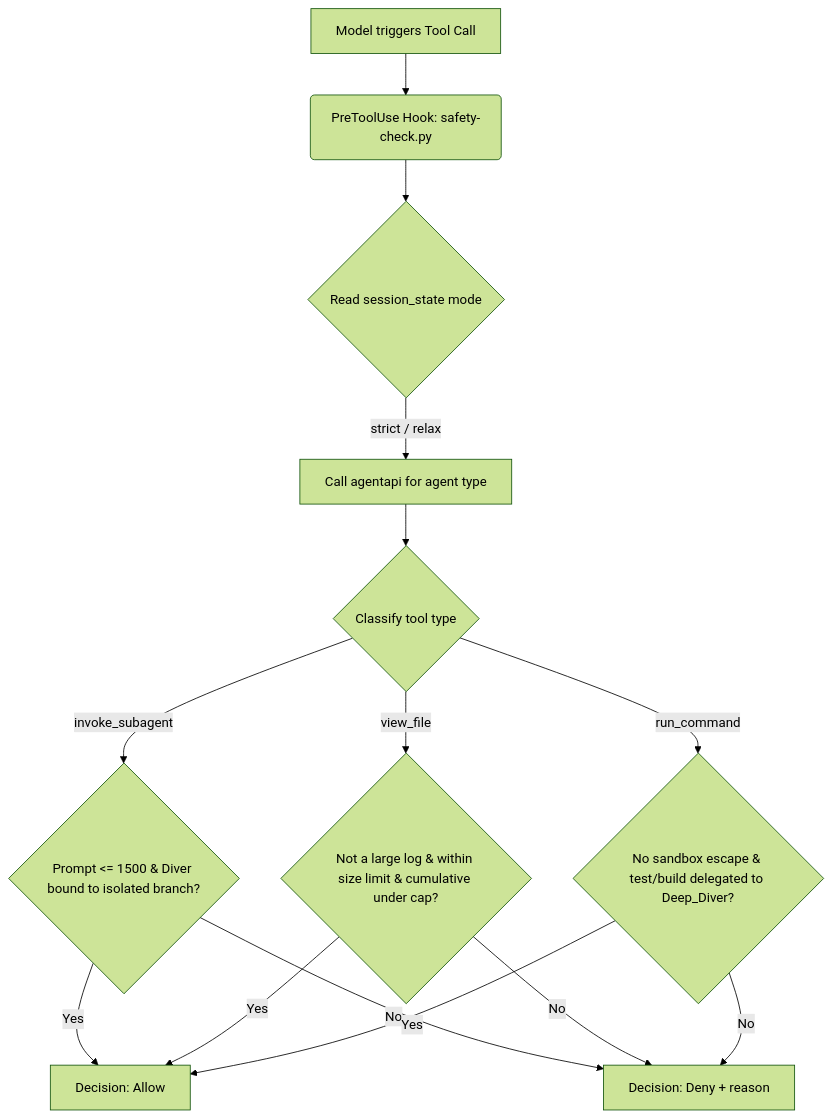
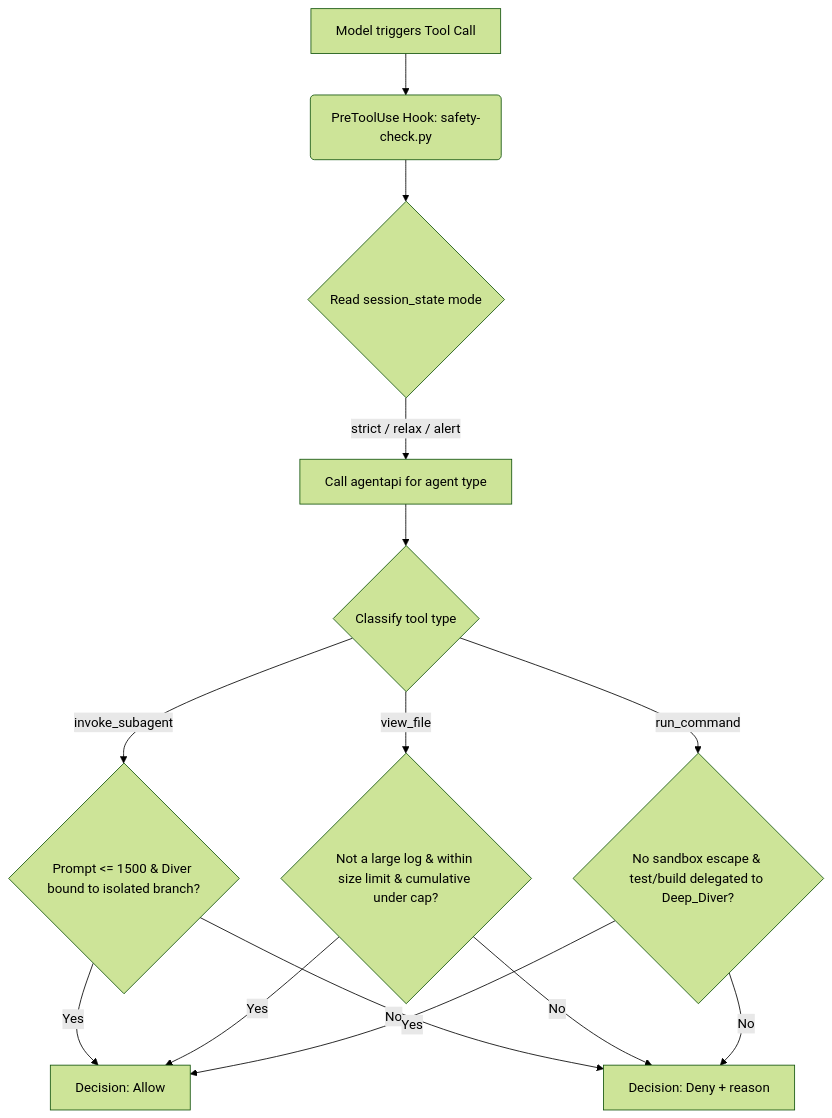
Before and after one commit to pseudoming/remora-plugin: the second of 11 diagrams in docs/business_flows.md, drawn with Mermaid (forest theme). The commit also changed other lines of this file and 13 other files, not shown here.

````diff
--- a/docs/business_flows.md
+++ b/docs/business_flows.md
@@ -76,19 +79,19 @@
 ```mermaid
 flowchart TD
     A[Model triggers Tool Call] --> B(PreToolUse Hook: safety-check.py)
     B --> C{Read session_state mode}
-    C -->|strict / relax| D[Call agentapi for agent type]
+    C -->|strict / relax / alert| D[Call agentapi for agent type]
     D --> E{Classify tool type}
     
     E -->|invoke_subagent| F{Prompt <= 1500 & Diver bound to isolated branch?}
     F -->|Yes| Allow[Decision: Allow]
     F -->|No| Deny[Decision: Deny + reason]
     
     E -->|view_file| G{Not a large log & within size limit & cumulative under cap?}
     G -->|Yes| Allow
     G -->|No| Deny
     
     E -->|run_command| H{No sandbox escape & test/build delegated to Deep_Diver?}
     H -->|Yes| Allow
     H -->|No| Deny
 ```
````
